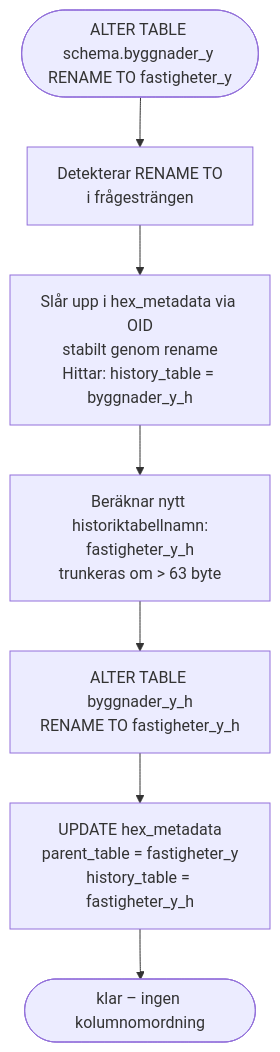
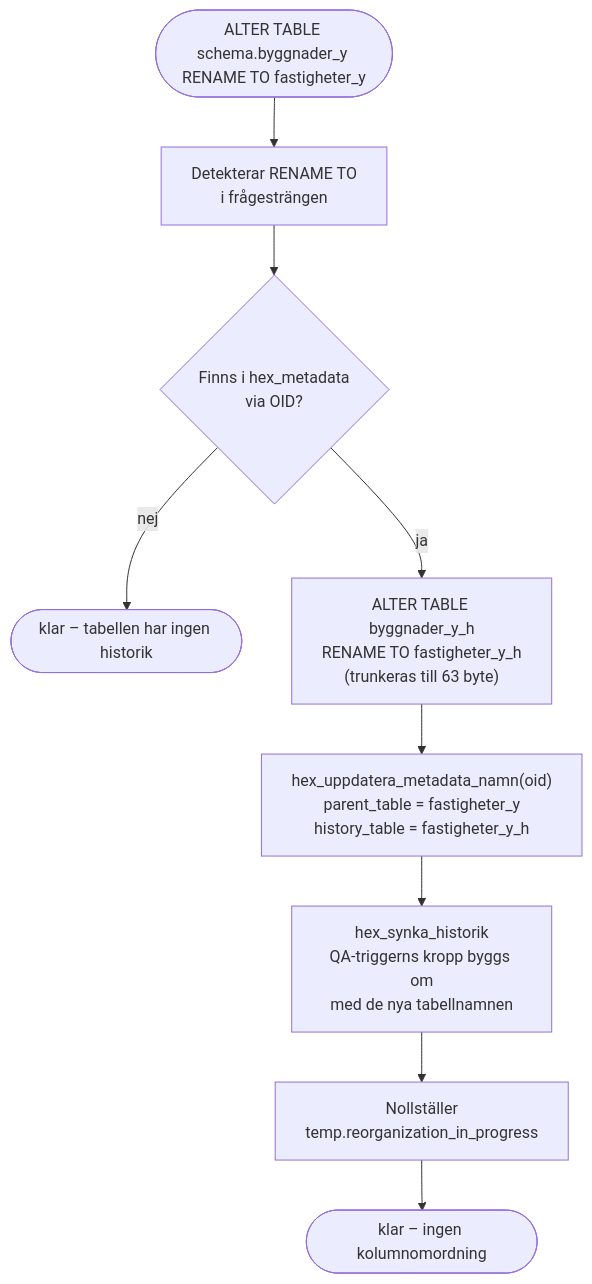
The fifth of 9 diagrams in LOGIC_MAP.md (Geodata-Kungsbacka/Hex), drawn with Mermaid before and after one commit. The commit also changed other lines of this file and 13 other files, not shown here.

First line of the commit message:
Synka dokumentationen med 2.0.0-mergen

````diff
--- a/LOGIC_MAP.md
+++ b/LOGIC_MAP.md
@@ -617,10 +702,12 @@
 ```mermaid
 flowchart TD
     START(["ALTER TABLE schema.byggnader_y RENAME TO fastigheter_y"])
     START --> DET["Detekterar RENAME TO<br/>i frågesträngen"]
-    DET --> OID["Slår upp i hex_metadata via OID<br/>stabilt genom rename<br/>Hittar: history_table = byggnader_y_h"]
-    OID --> CALC["Beräknar nytt historiktabellnamn:<br/>fastigheter_y_h<br/>trunkeras om > 63 byte"]
-    CALC --> REN["ALTER TABLE byggnader_y_h<br/>RENAME TO fastigheter_y_h"]
-    REN --> UPD["UPDATE hex_metadata<br/>parent_table = fastigheter_y<br/>history_table = fastigheter_y_h"]
-    UPD --> DONE(["klar – ingen kolumnomordning"])
+    DET --> OID{"Finns i hex_metadata<br/>via OID?"}
+    OID --> |nej| NOH(["klar – tabellen har ingen historik"])
+    OID --> |ja| REN["ALTER TABLE byggnader_y_h<br/>RENAME TO fastigheter_y_h<br/>(trunkeras till 63 byte)"]
+    REN --> UPD["hex_uppdatera_metadata_namn(oid)<br/>parent_table = fastigheter_y<br/>history_table = fastigheter_y_h"]
+    UPD --> SYNK["hex_synka_historik<br/>QA-triggerns kropp byggs om<br/>med de nya tabellnamnen"]
+    SYNK --> FLAG["Nollställer<br/>temp.reorganization_in_progress"]
+    FLAG --> DONE(["klar – ingen kolumnomordning"])
 ```
````
